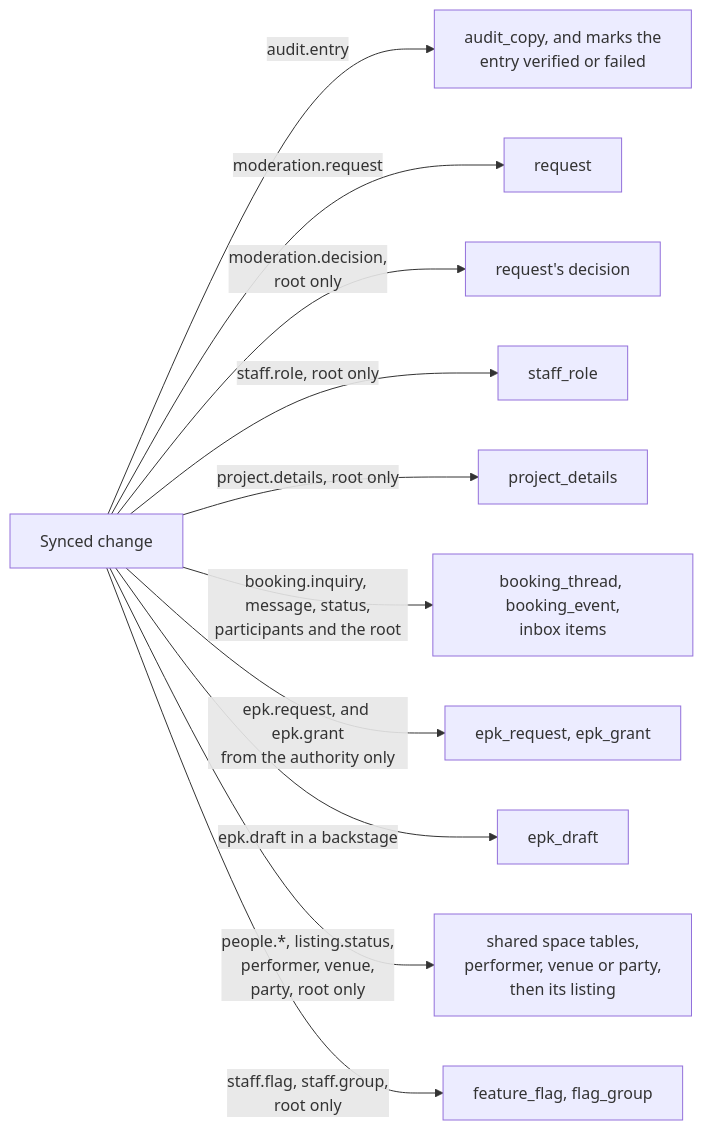
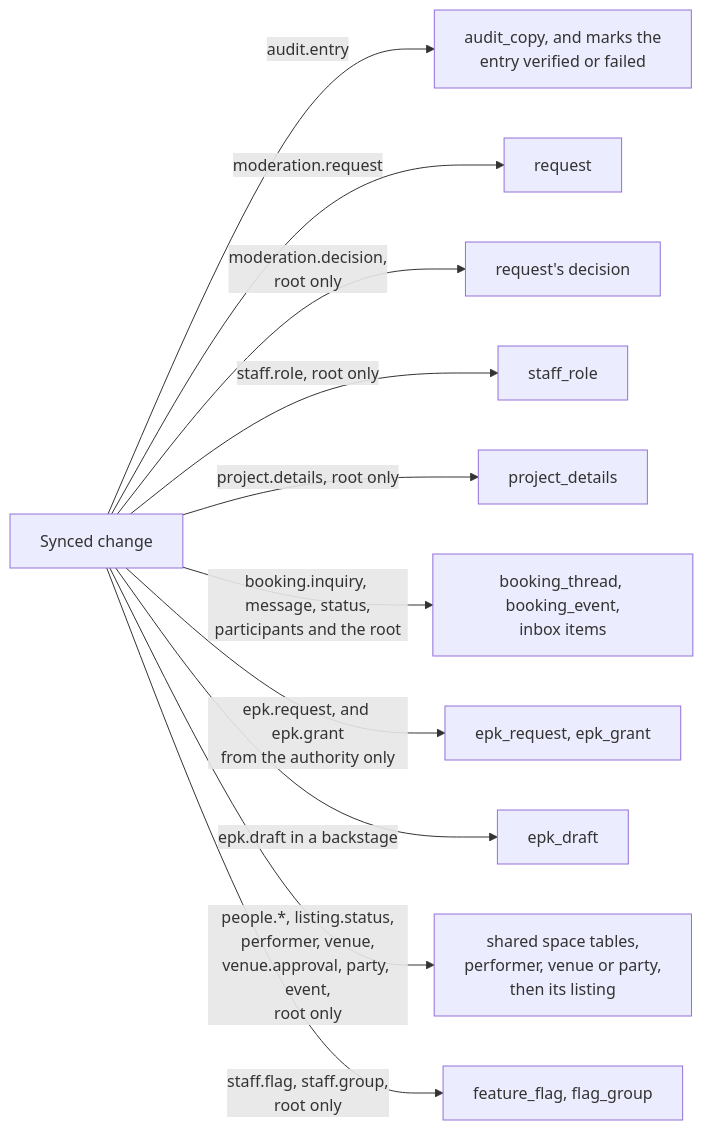
One commit to cutenode/localnetwork changed the seventh of 8 diagrams in apps/web/docs/diagrams/spaces.md. Above: the diagram before and after it, drawn with Mermaid. The commit also changed 35 other files, not shown here.

First line of the commit message:
feat(web): add event records in a party's space

````diff
--- a/apps/web/docs/diagrams/spaces.md
+++ b/apps/web/docs/diagrams/spaces.md
@@ -161,14 +161,14 @@
 ```mermaid
 flowchart LR
   Sync["Synced change"]
   Sync -- "audit.entry" --> A1["audit_copy, and marks the<br/>entry verified or failed"]
   Sync -- "moderation.request" --> A2["request"]
   Sync -- "moderation.decision,<br/>root only" --> A3["request's decision"]
   Sync -- "staff.role, root only" --> A4["staff_role"]
   Sync -- "project.details, root only" --> A5["project_details"]
   Sync -- "booking.inquiry, message, status,<br/>participants and the root" --> A6["booking_thread, booking_event,<br/>inbox items"]
   Sync -- "epk.request, and epk.grant<br/>from the authority only" --> A7["epk_request, epk_grant"]
   Sync -- "epk.draft in a backstage" --> A8["epk_draft"]
-  Sync -- "people.*, listing.status,<br/>performer, venue,<br/>party, root only" --> A9["shared space tables,<br/>performer, venue or party,<br/>then its listing"]
+  Sync -- "people.*, listing.status,<br/>performer, venue,<br/>venue.approval, party, event,<br/>root only" --> A9["shared space tables,<br/>performer, venue or party,<br/>then its listing"]
   Sync -- "staff.flag, staff.group,<br/>root only" --> A10["feature_flag, flag_group"]
 ```
````
